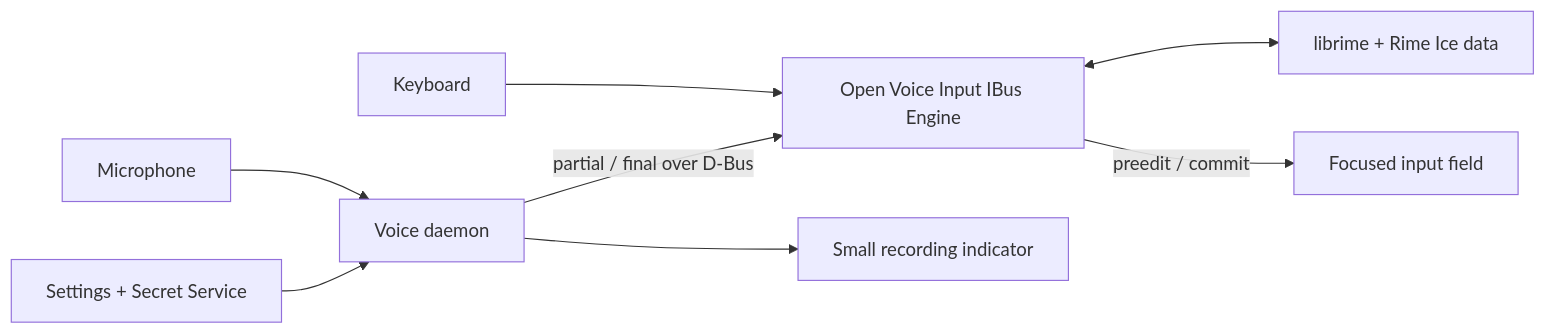
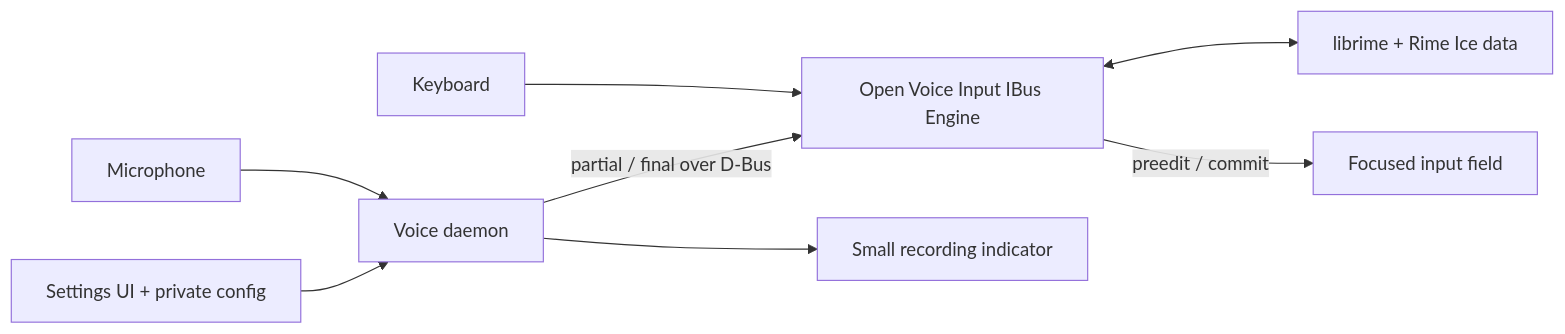
One commit to SidUParis/openVoiceInput_linux changed the diagram in README.md. Above: the diagram before and after it, drawn with Mermaid. The commit also changed other lines of this file and 31 other files, not shown here.

````diff
--- a/README.md
+++ b/README.md
@@ -47,10 +47,10 @@
 ```mermaid
 flowchart LR
     K["Keyboard"] --> E["Open Voice Input IBus Engine"]
     E <--> R["librime + Rime Ice data"]
     M["Microphone"] --> V["Voice daemon"]
-    S["Settings + Secret Service"] --> V
+    S["Settings UI + private config"] --> V
     V -->|"partial / final over D-Bus"| E
     E -->|"preedit / commit"| F["Focused input field"]
     V --> I["Small recording indicator"]
 ```
````
